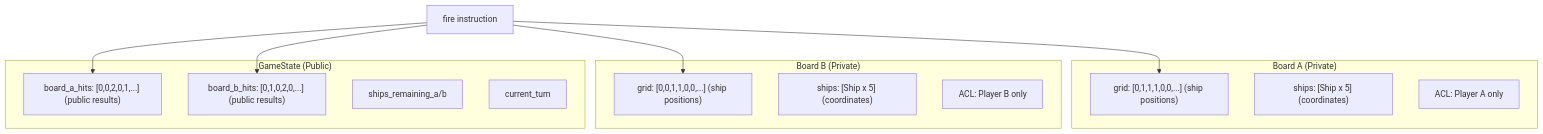
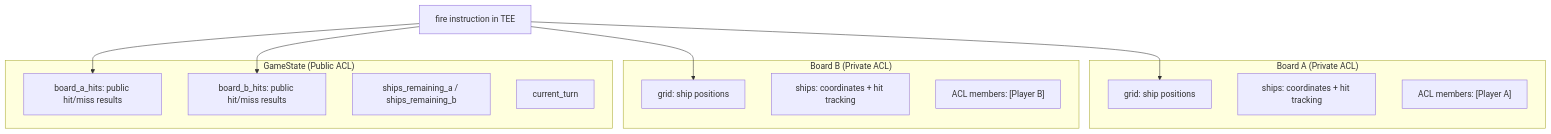
The fourth of 10 diagrams in ARCHITECTURE.md (Andy00L/private-battleship), drawn with Mermaid before and after one commit. The commit also changed other lines of this file and 3 other files, not shown here.

````diff
--- a/ARCHITECTURE.md
+++ b/ARCHITECTURE.md
@@ -185,26 +203,26 @@
 ```mermaid
 graph TD
-    subgraph "Board A (Private)"
-        BA_GRID["grid: [0,1,1,1,0,0,...] (ship positions)"]
-        BA_SHIPS["ships: [Ship x 5] (coordinates)"]
-        BA_ACL["ACL: Player A only"]
+    subgraph "Board A (Private ACL)"
+        BA_GRID["grid: ship positions"]
+        BA_SHIPS["ships: coordinates + hit tracking"]
+        BA_ACL["ACL members: [Player A]"]
     end
 
-    subgraph "Board B (Private)"
-        BB_GRID["grid: [0,0,1,1,0,0,...] (ship positions)"]
-        BB_SHIPS["ships: [Ship x 5] (coordinates)"]
-        BB_ACL["ACL: Player B only"]
+    subgraph "Board B (Private ACL)"
+        BB_GRID["grid: ship positions"]
+        BB_SHIPS["ships: coordinates + hit tracking"]
+        BB_ACL["ACL members: [Player B]"]
     end
 
-    subgraph "GameState (Public)"
-        GS_HITS_A["board_a_hits: [0,0,2,0,1,...] (public results)"]
-        GS_HITS_B["board_b_hits: [0,1,0,2,0,...] (public results)"]
-        GS_REMAINING["ships_remaining_a/b"]
+    subgraph "GameState (Public ACL)"
+        GS_HITS_A["board_a_hits: public hit/miss results"]
+        GS_HITS_B["board_b_hits: public hit/miss results"]
+        GS_REMAINING["ships_remaining_a / ships_remaining_b"]
         GS_TURN["current_turn"]
     end
 
-    FIRE[fire instruction] --> BA_GRID
+    FIRE[fire instruction in TEE] --> BA_GRID
     FIRE --> BB_GRID
     FIRE --> GS_HITS_A
     FIRE --> GS_HITS_B
 ```
````
